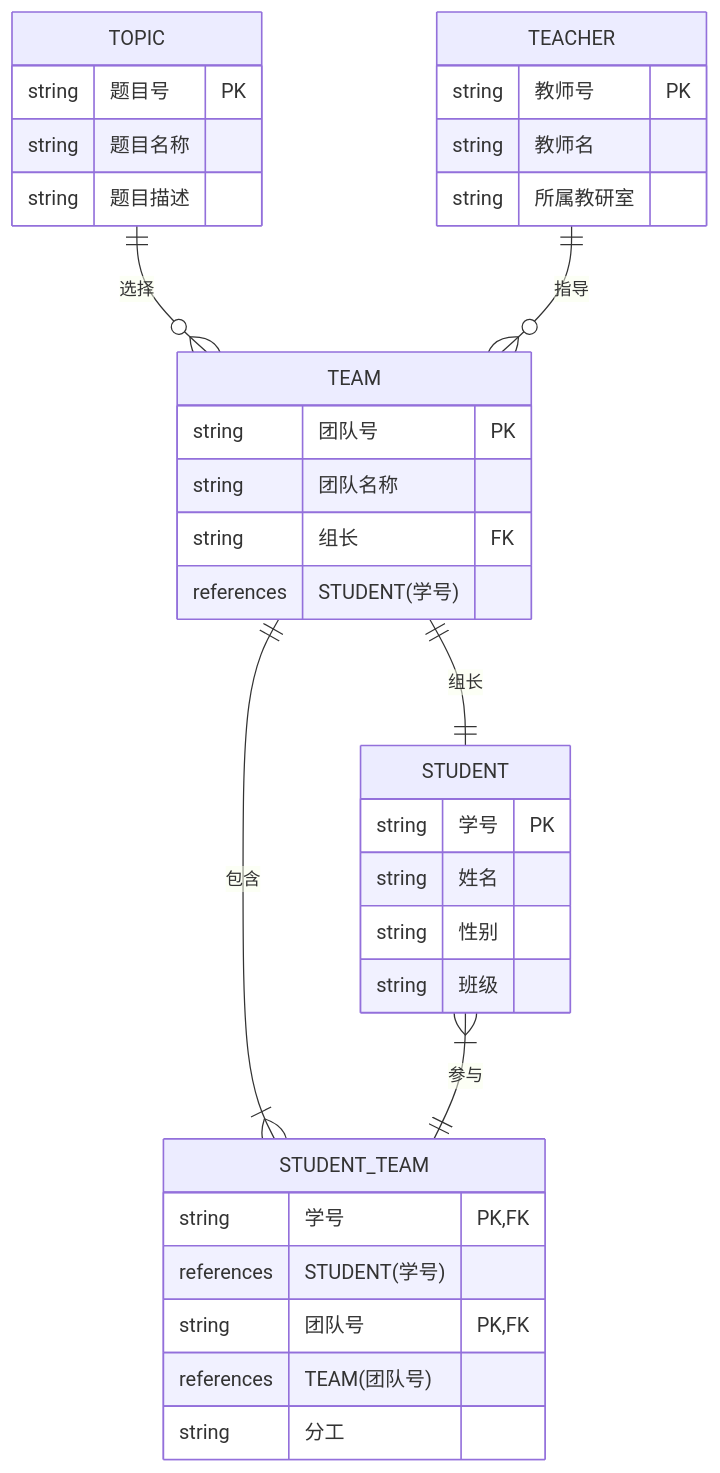
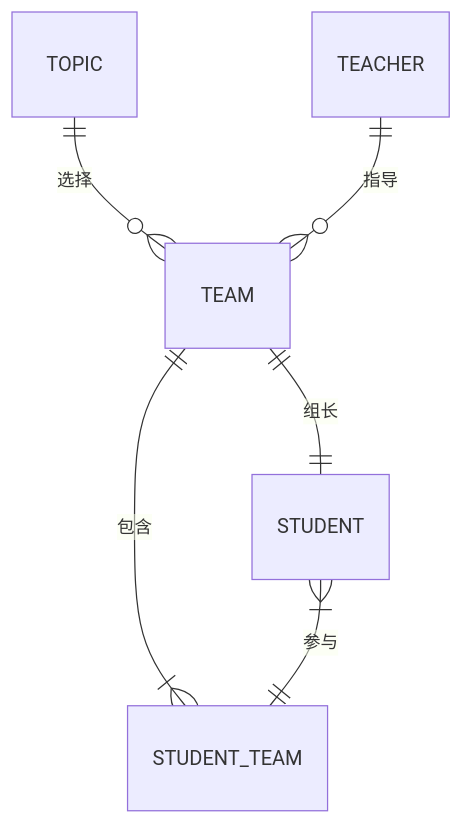
One commit to YOAyes/iodraw-files changed the diagram in all/未命名-8.md. Above: the diagram before and after it, drawn with Mermaid.

Commit message:
2025-06-03 15:48:19 update

````diff
--- a/all/未命名-8.md
+++ b/all/未命名-8.md
@@ -1,34 +1,9 @@
 ```mermaid
 erDiagram
     TOPIC ||--o{ TEAM : "选择"
     TEAM ||--|{ STUDENT_TEAM : "包含"
     STUDENT }|--|| STUDENT_TEAM : "参与"
     TEAM ||--|| STUDENT : "组长"
     TEACHER ||--o{ TEAM : "指导"
-    STUDENT {
-        string 学号 PK
-        string 姓名
-        string 性别
-        string 班级
-    }
-    TEAM {
-        string 团队号 PK
-        string 团队名称
-        string 组长 FK references STUDENT(学号)
-    }
-    TOPIC {
-        string 题目号 PK
-        string 题目名称
-        string 题目描述
-    }
-    TEACHER {
-        string 教师号 PK
-        string 教师名
-        string 所属教研室
-    }
-    STUDENT_TEAM {
-        string 学号 PK, FK references STUDENT(学号)
-        string 团队号 PK, FK references TEAM(团队号)
-        string 分工
-    }
+
 ```
````
